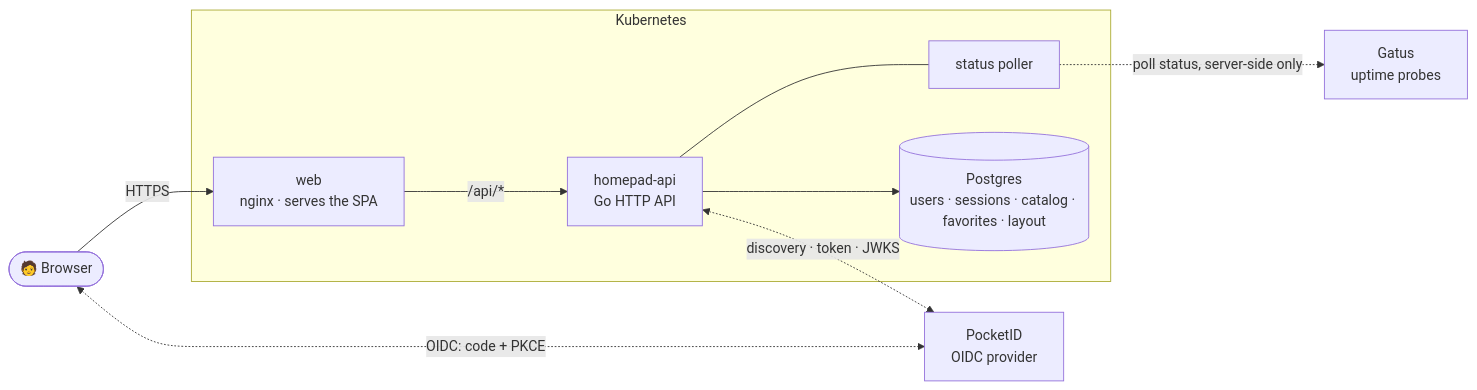
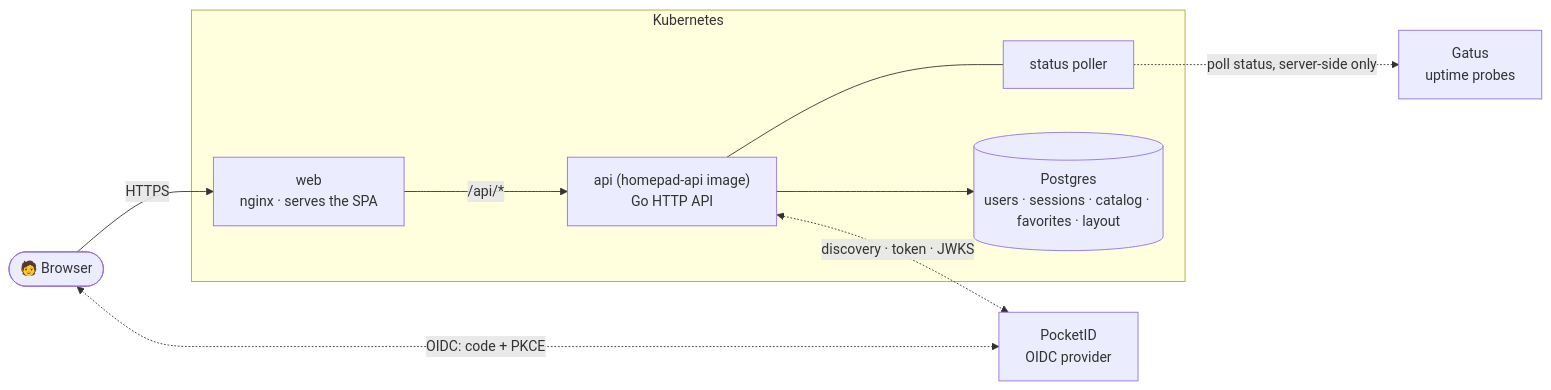
The first of 2 diagrams in docs/development.md (finish06/homepad), drawn with Mermaid before and after one commit. The commit also changed other lines of this file and 14 other files, not shown here.

````diff
--- a/docs/development.md
+++ b/docs/development.md
@@ -14,22 +15,22 @@
 ```mermaid
 flowchart LR
   user(["🧑 Browser"])
 
   subgraph cluster["Kubernetes"]
     web["web<br/>nginx · serves the SPA"]
-    api["homepad-api<br/>Go HTTP API"]
+    api["api (homepad-api image)<br/>Go HTTP API"]
     poller["status poller"]
     pg[("Postgres<br/>users · sessions · catalog · favorites · layout")]
   end
 
   gatus["Gatus<br/>uptime probes"]
   pocketid["PocketID<br/>OIDC provider"]
 
   user -->|HTTPS| web
   web -->|"/api/*"| api
   api --> pg
   api --- poller
   poller -.->|poll status, server-side only| gatus
   user <-.->|OIDC: code + PKCE| pocketid
   api <-.->|discovery · token · JWKS| pocketid
 ```
````
